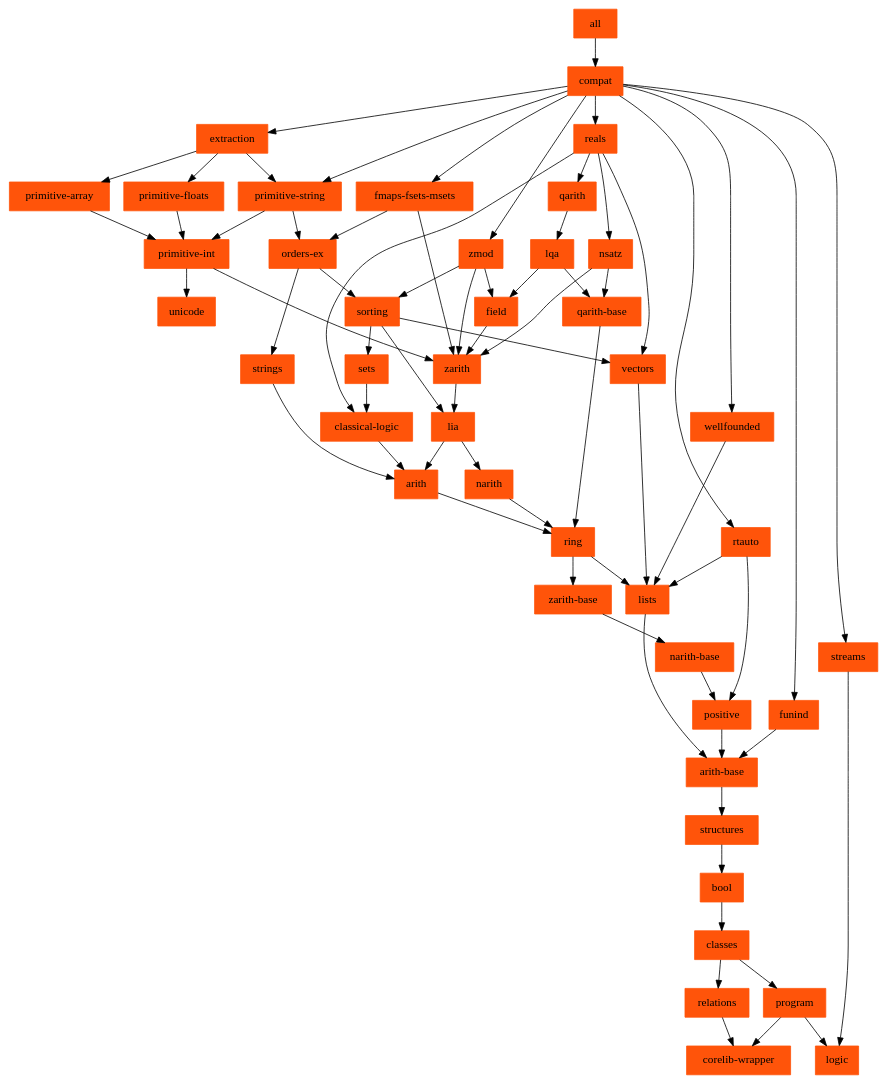
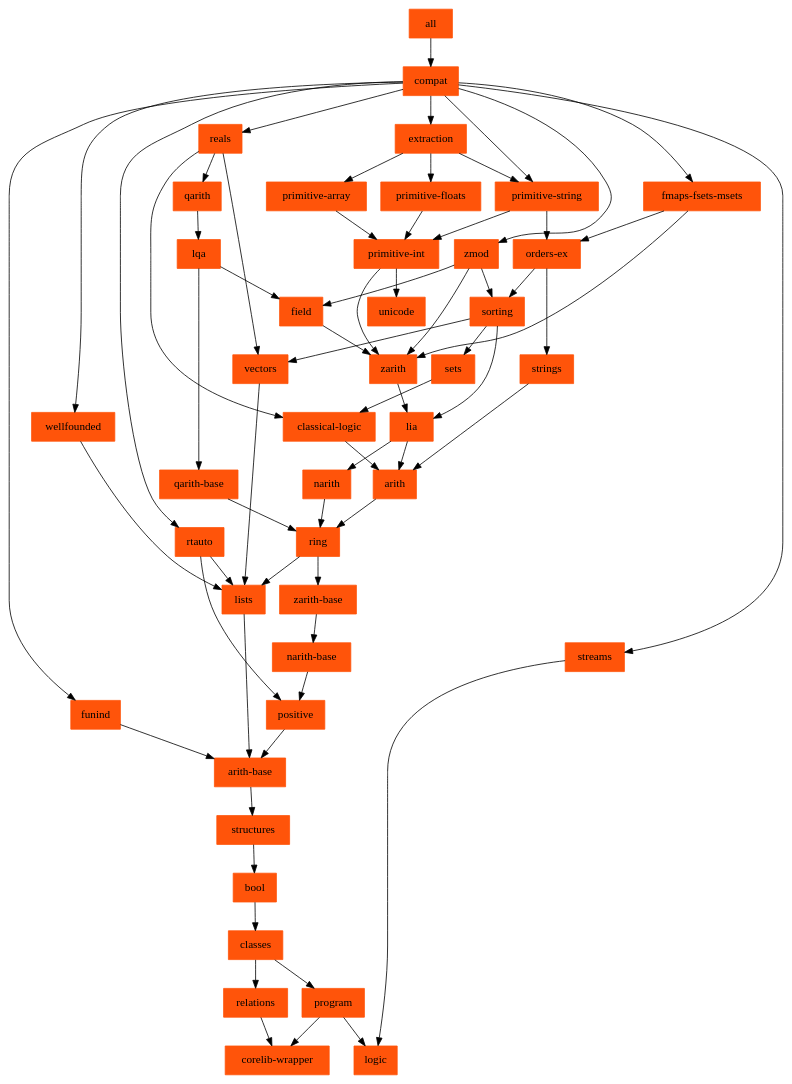
One commit to rocq-prover/stdlib changed the diagram in doc/stdlib/depends.dot. Above: the diagram before and after it, drawn with Graphviz. The commit also changed 19 other files, not shown here.

```diff
--- a/doc/stdlib/depends.dot
+++ b/doc/stdlib/depends.dot
@@ -1,78 +1,75 @@
 # this has been mostly automatically generated by dev/tools/make-depends.sh
 # when editing this, ensure to keep .nix/coq-overlays/stdlib-subcomponents
 # in sync
 digraph stdlib_deps {
 	node [color="#ff540a",
 		shape=rectangle,
 		style=filled
 		URL="#\N"
 	];
 	bool -> classes;
 	classes -> program;
 	classes -> relations;
 	program -> "corelib-wrapper";
 	program -> logic;
 	strings -> arith;
 	reals -> qarith;
 	reals -> vectors;
 	reals -> "classical-logic";
-	reals -> nsatz;
 	"arith-base" -> structures;
 	zarith -> lia;
 	zmod -> zarith;
 	zmod -> sorting;
 	zmod -> field;
 	qarith -> lqa;
 	positive -> "arith-base";
 	narith -> ring;
 	ring -> lists;
 	ring -> "zarith-base";
 	arith -> ring;
 	structures -> bool;
 	"narith-base" -> positive;
 	lists -> "arith-base";
 	"zarith-base" -> "narith-base";
 	"primitive-int" -> zarith;
 	"primitive-int" -> unicode;
 	lia -> narith;
 	lia -> arith;
 	"fmaps-fsets-msets" -> zarith;
 	"fmaps-fsets-msets" -> "orders-ex";
 	"orders-ex" -> strings;
 	"orders-ex" -> sorting;
 	sets -> "classical-logic";
 	sorting -> lia;
 	sorting -> sets;
 	sorting -> vectors;
 	"primitive-floats" -> "primitive-int";
 	wellfounded -> lists;
 	relations -> "corelib-wrapper";
 	"primitive-string" -> "primitive-int";
 	"primitive-string" -> "orders-ex";
 	vectors -> lists;
 	field -> zarith;
 	lqa -> field;
 	lqa -> "qarith-base";
 	"qarith-base" -> ring;
 	"classical-logic" -> arith;
-	nsatz -> zarith;
-	nsatz -> "qarith-base";
 	extraction -> "primitive-string";
 	extraction -> "primitive-floats";
 	extraction -> "primitive-array";
 	"primitive-array" -> "primitive-int";
 	streams -> logic;
 	funind -> "arith-base";
 	rtauto -> positive;
 	rtauto -> lists;
 	compat -> zmod;
 	compat -> reals;
 	compat -> "fmaps-fsets-msets";
 	compat -> wellfounded;
 	compat -> "primitive-string";
 	compat -> extraction;
 	compat -> streams;
 	compat -> funind;
 	compat -> rtauto;
         all -> compat
 }
```
